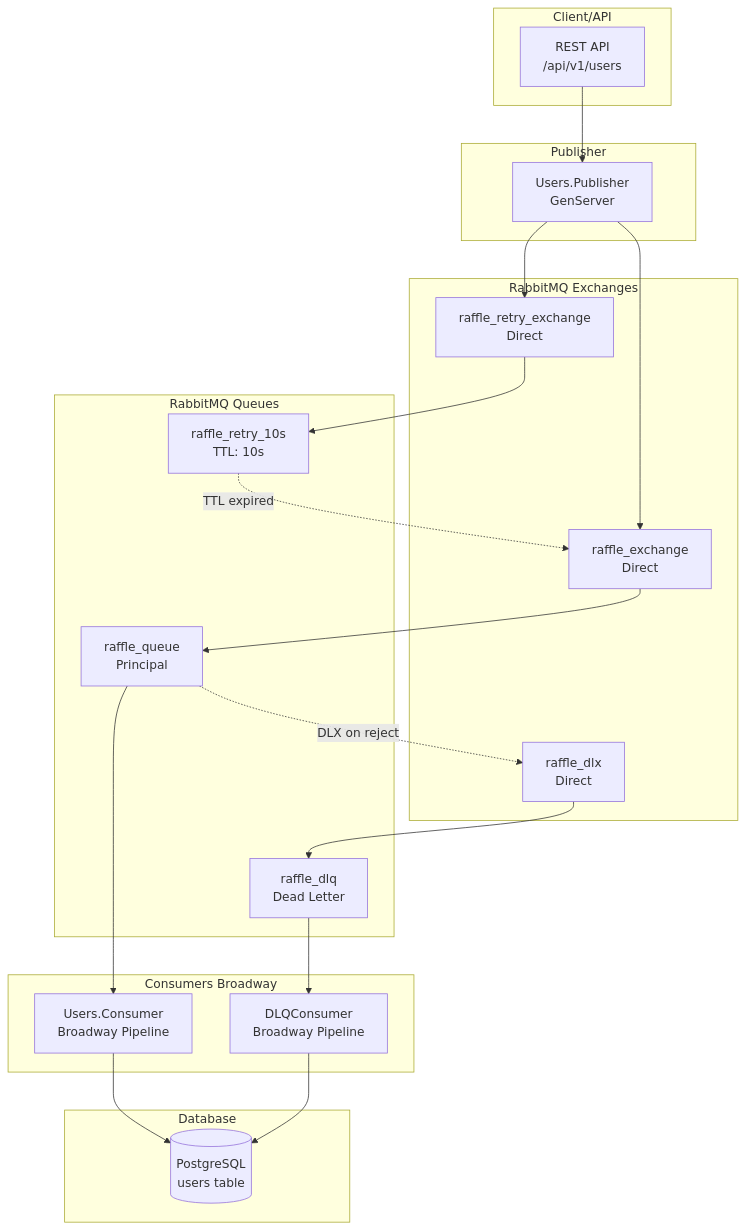
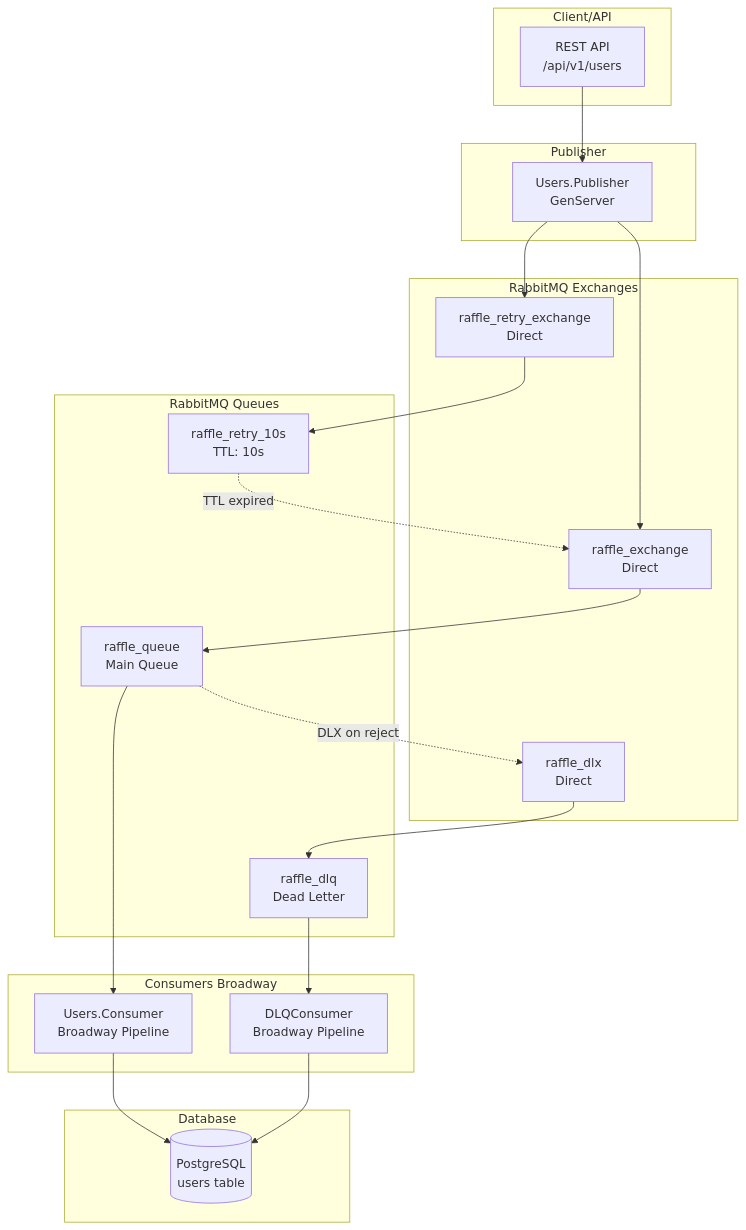
One commit to dakoctba/raffle changed the first of 6 diagrams in docs/user_queue_process.md. Above: the diagram before and after it, drawn with Mermaid. The commit also changed other lines of this file and 2 other files, not shown here.

````diff
--- a/docs/user_queue_process.md
+++ b/docs/user_queue_process.md
@@ -9,49 +9,49 @@
 ```mermaid
 graph TB
     subgraph "Client/API"
         API[REST API<br/>/api/v1/users]
     end
 
     subgraph "Publisher"
         PUB[Users.Publisher<br/>GenServer]
     end
 
     subgraph "RabbitMQ Exchanges"
         MAIN_EX[raffle_exchange<br/>Direct]
         RETRY_EX[raffle_retry_exchange<br/>Direct]
         DLX_EX[raffle_dlx<br/>Direct]
     end
 
     subgraph "RabbitMQ Queues"
-        MAIN_Q[raffle_queue<br/>Principal]
+        MAIN_Q[raffle_queue<br/>Main Queue]
         RETRY_Q[raffle_retry_10s<br/>TTL: 10s]
         DLQ_Q[raffle_dlq<br/>Dead Letter]
     end
 
     subgraph "Consumers Broadway"
         CONSUMER[Users.Consumer<br/>Broadway Pipeline]
         DLQ_CONSUMER[DLQConsumer<br/>Broadway Pipeline]
     end
 
     subgraph "Database"
         DB[(PostgreSQL<br/>users table)]
     end
 
     API --> PUB
     PUB --> MAIN_EX
     PUB --> RETRY_EX
 
     MAIN_EX --> MAIN_Q
     RETRY_EX --> RETRY_Q
     DLX_EX --> DLQ_Q
 
     MAIN_Q --> CONSUMER
     DLQ_Q --> DLQ_CONSUMER
 
     CONSUMER --> DB
     DLQ_CONSUMER --> DB
 
     %% Dead Letter routing
     MAIN_Q -.->|DLX on reject| DLX_EX
     RETRY_Q -.->|TTL expired| MAIN_EX
 ```
````
